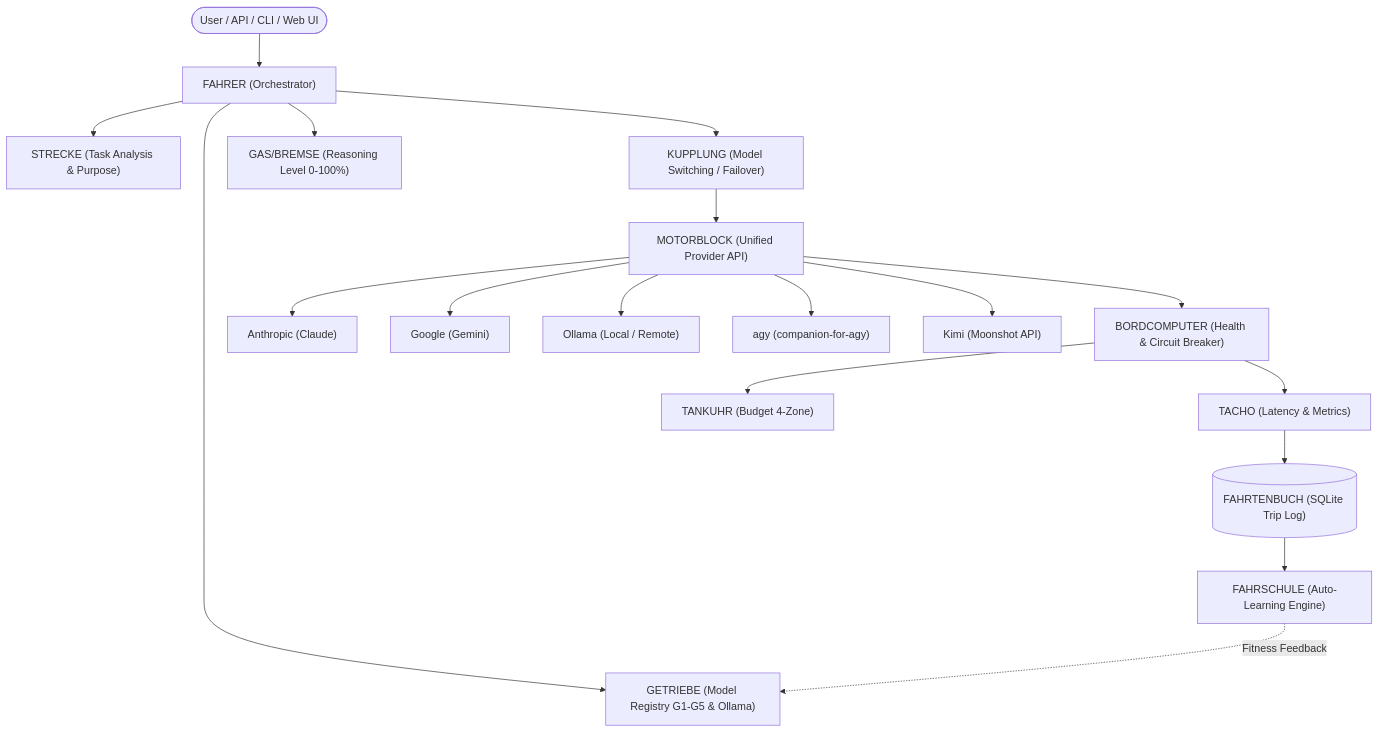
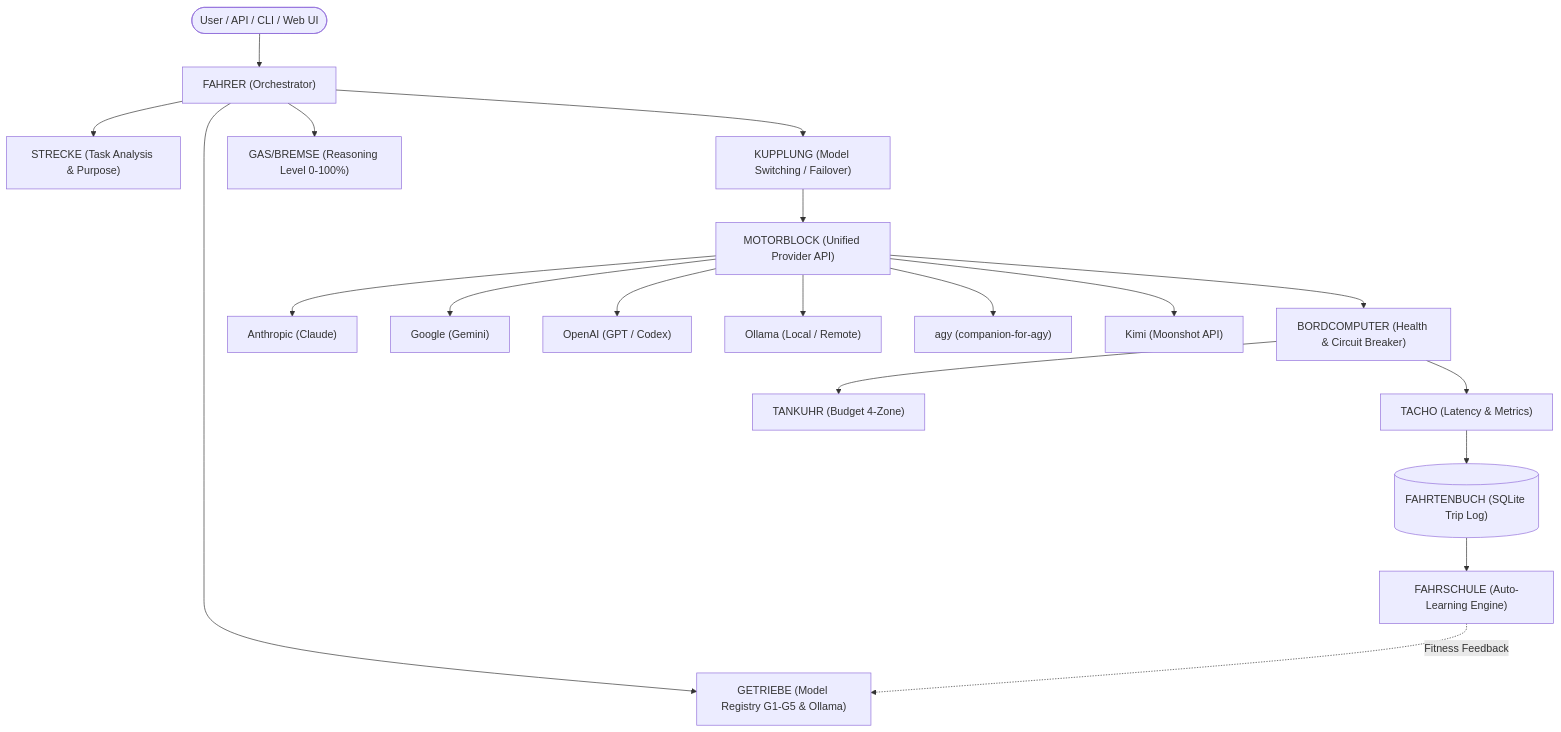
Before and after one commit to ellmos-ai/clutch: the diagram in README.md, drawn with Mermaid. The commit also changed other lines of this file and 9 other files, not shown here.

````diff
--- a/README.md
+++ b/README.md
@@ -41,20 +41,21 @@
 ```mermaid
 graph TD
     User([User / API / CLI / Web UI]) --> Fahrer["FAHRER (Orchestrator)"]
     Fahrer --> Strecke["STRECKE (Task Analysis & Purpose)"]
     Fahrer --> Getriebe["GETRIEBE (Model Registry G1-G5 & Ollama)"]
     Fahrer --> GasBremse["GAS/BREMSE (Reasoning Level 0-100%)"]
     Fahrer --> Kupplung["KUPPLUNG (Model Switching / Failover)"]
     Kupplung --> MotorBlock["MOTORBLOCK (Unified Provider API)"]
     MotorBlock --> Anthropic["Anthropic (Claude)"]
     MotorBlock --> Gemini["Google (Gemini)"]
+    MotorBlock --> OpenAI["OpenAI (GPT / Codex)"]
     MotorBlock --> Ollama["Ollama (Local / Remote)"]
     MotorBlock --> Agy["agy (companion-for-agy)"]
     MotorBlock --> Kimi["Kimi (Moonshot API)"]
     MotorBlock --> Bordcomputer["BORDCOMPUTER (Health & Circuit Breaker)"]
     Bordcomputer --> Tankuhr["TANKUHR (Budget 4-Zone)"]
     Bordcomputer --> Tacho["TACHO (Latency & Metrics)"]
     Tacho --> Fahrtenbuch[("FAHRTENBUCH (SQLite Trip Log)")]
     Fahrtenbuch --> Fahrschule["FAHRSCHULE (Auto-Learning Engine)"]
     Fahrschule -. Fitness Feedback .-> Getriebe
 ```
````
